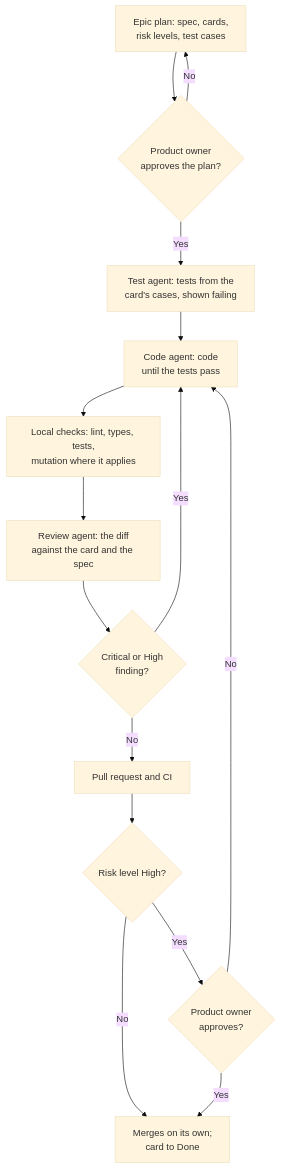
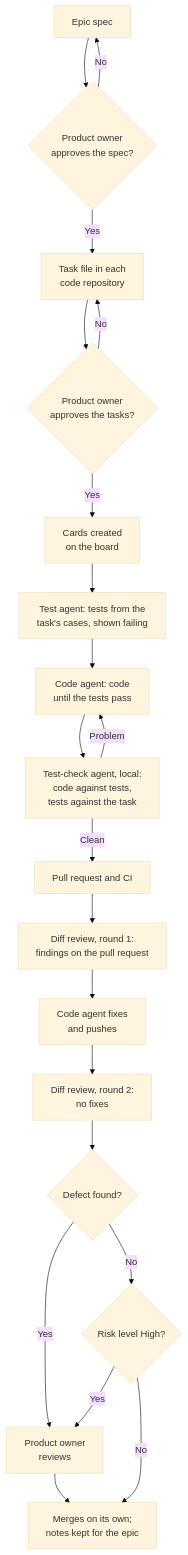
One commit to huynguyennang-agilityio/tripmate-docs changed the second of 2 diagrams in docs/development-flow.md. Above: the diagram before and after it, drawn with Mermaid (base theme). The commit also changed other lines of this file and 3 other files, not shown here.

First line of the commit message:
Task files per repository and two review rounds: development-flow v2.0, workflow v2.12

````diff
--- a/docs/development-flow.md
+++ b/docs/development-flow.md
@@ -130,17 +167,23 @@
 ```mermaid
 flowchart TD
-    P["Epic plan: spec, cards,<br/>risk levels, test cases"] --> A{"Product owner<br/>approves the plan?"}
-    A -->|No| P
-    A -->|Yes| T["Test agent: tests from the<br/>card's cases, shown failing"]
+    S["Epic spec"] --> A{"Product owner<br/>approves the spec?"}
+    A -->|No| S
+    A -->|Yes| TF["Task file in each<br/>code repository"]
+    TF --> B{"Product owner<br/>approves the tasks?"}
+    B -->|No| TF
+    B -->|Yes| TR["Cards created<br/>on the board"]
+    TR --> T["Test agent: tests from the<br/>task's cases, shown failing"]
     T --> C["Code agent: code<br/>until the tests pass"]
-    C --> G["Local checks: lint, types, tests,<br/>mutation where it applies"]
-    G --> R["Review agent: the diff<br/>against the card and the spec"]
-    R --> F{"Critical or High<br/>finding?"}
-    F -->|Yes| C
-    F -->|No| PR["Pull request and CI"]
-    PR --> K{"Risk level High?"}
-    K -->|No| M["Merges on its own;<br/>card to Done"]
-    K -->|Yes| H{"Product owner<br/>approves?"}
-    H -->|Yes| M
-    H -->|No| C
+    C --> TC["Test-check agent, local:<br/>code against tests,<br/>tests against the task"]
+    TC -->|Problem| C
+    TC -->|Clean| PR["Pull request and CI"]
+    PR --> R1["Diff review, round 1:<br/>findings on the pull request"]
+    R1 --> FX["Code agent fixes<br/>and pushes"]
+    FX --> R2["Diff review, round 2:<br/>no fixes"]
+    R2 --> D{"Defect found?"}
+    D -->|Yes| PO["Product owner<br/>reviews"]
+    D -->|No| K{"Risk level High?"}
+    K -->|Yes| PO
+    K -->|No| M["Merges on its own;<br/>notes kept for the epic"]
+    PO --> M
 ```
````
